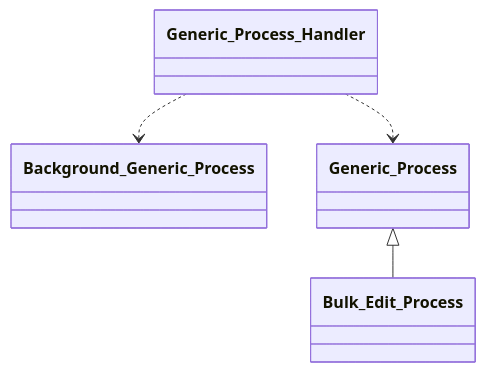
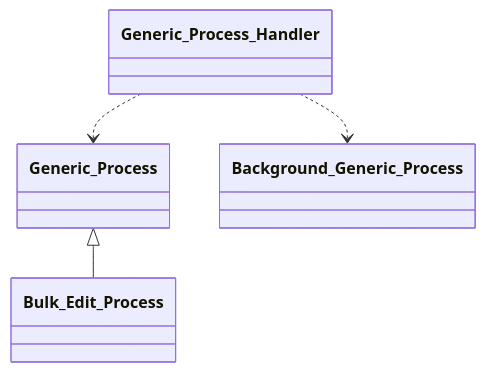
Before and after one commit to tainacan/tainacan: the seventh of 13 diagrams in docs/phpdoc/Home.md, drawn with Mermaid. The commit also changed other lines of this file and 62 other files, not shown here.

````diff
--- a/docs/phpdoc/Home.md
+++ b/docs/phpdoc/Home.md
@@ -523,11 +524,11 @@
 ```mermaid
 classDiagram
     direction TB
+    class Generic_Process { }
+    class Generic_Process_Handler { }
     class Bulk_Edit_Process { }
     class Background_Generic_Process { }
-    class Generic_Process_Handler { }
-    class Generic_Process { }
     Generic_Process <|-- Bulk_Edit_Process
     Generic_Process_Handler ..> Background_Generic_Process
     Generic_Process_Handler ..> Generic_Process
 ```
````
